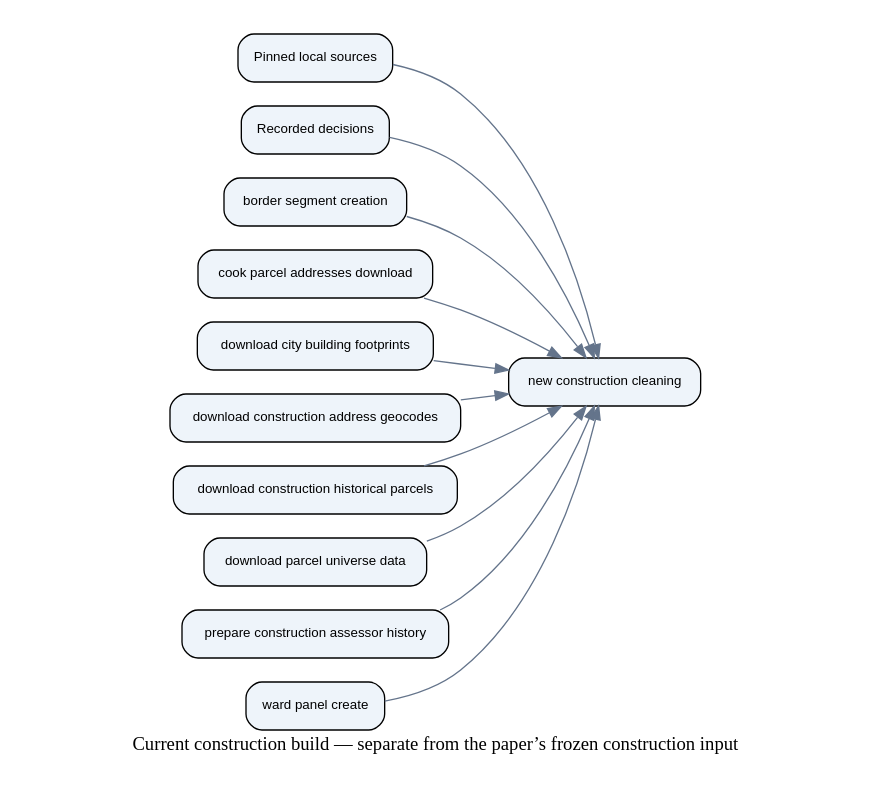
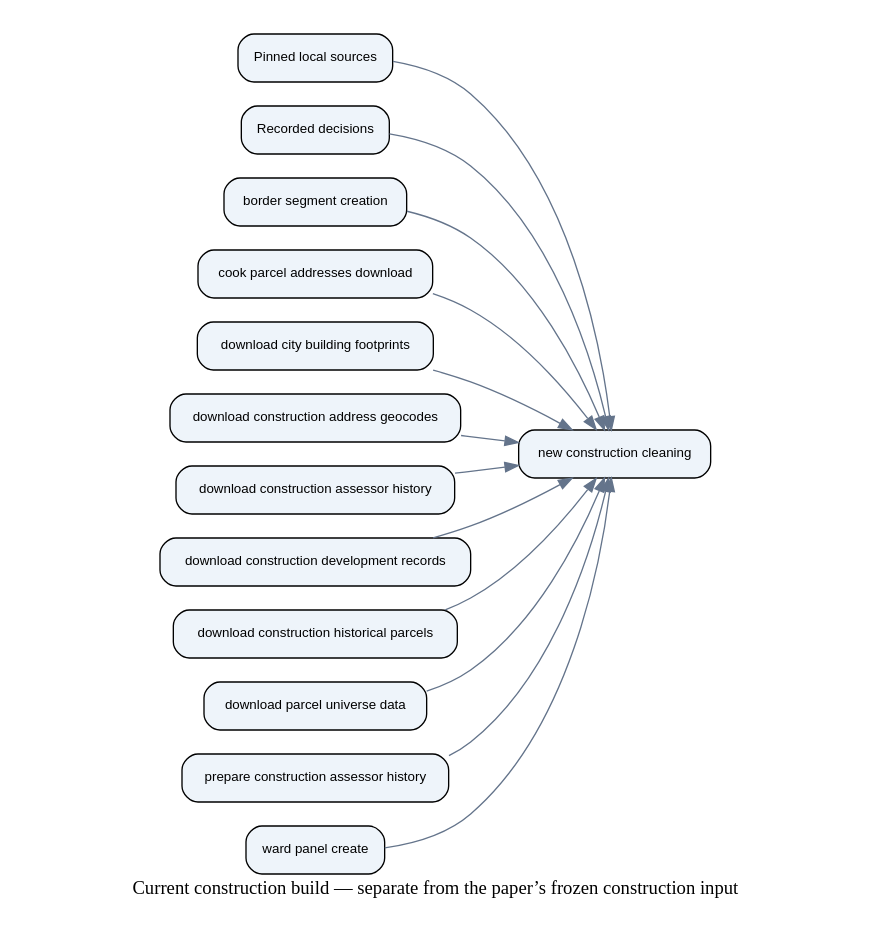
The diagram in task_graph/construction_tasks.dot (JacobHerbstman/aldermanic_privilege), drawn with Graphviz before and after one commit. The commit also changed 74 other files, not shown here.

```diff
--- a/task_graph/construction_tasks.dot
+++ b/task_graph/construction_tasks.dot
@@ -1,28 +1,32 @@
 digraph construction {
 rankdir=LR;
 graph [bgcolor="white", pad=.25, nodesep=.25, ranksep=.5];
 node [shape=box, style="rounded,filled", fillcolor="#eef4fa", fontname="Helvetica", fontsize=10];
 edge [color="#64748b"];
 "Pinned local sources" [label="Pinned local sources"];
 "Recorded decisions" [label="Recorded decisions"];
 "border_segment_creation" [label="border segment creation"];
 "cook_parcel_addresses_download" [label="cook parcel addresses download"];
 "download_city_building_footprints" [label="download city building footprints"];
 "download_construction_address_geocodes" [label="download construction address geocodes"];
+"download_construction_assessor_history" [label="download construction assessor history"];
+"download_construction_development_records" [label="download construction development records"];
 "download_construction_historical_parcels" [label="download construction historical parcels"];
 "download_parcel_universe_data" [label="download parcel universe data"];
 "new_construction_cleaning" [label="new construction cleaning"];
 "prepare_construction_assessor_history" [label="prepare construction assessor history"];
 "ward_panel_create" [label="ward panel create"];
 "Pinned local sources" -> "new_construction_cleaning";
 "Recorded decisions" -> "new_construction_cleaning";
 "border_segment_creation" -> "new_construction_cleaning";
 "cook_parcel_addresses_download" -> "new_construction_cleaning";
 "download_city_building_footprints" -> "new_construction_cleaning";
 "download_construction_address_geocodes" -> "new_construction_cleaning";
+"download_construction_assessor_history" -> "new_construction_cleaning";
+"download_construction_development_records" -> "new_construction_cleaning";
 "download_construction_historical_parcels" -> "new_construction_cleaning";
 "download_parcel_universe_data" -> "new_construction_cleaning";
 "prepare_construction_assessor_history" -> "new_construction_cleaning";
 "ward_panel_create" -> "new_construction_cleaning";
 label="Current construction build — separate from the paper’s frozen construction input";
 }
```
